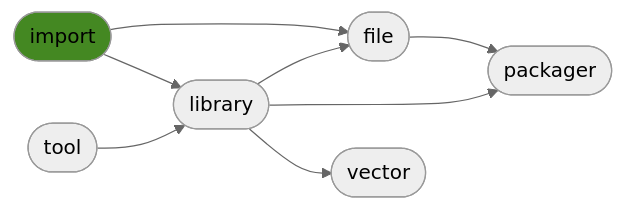
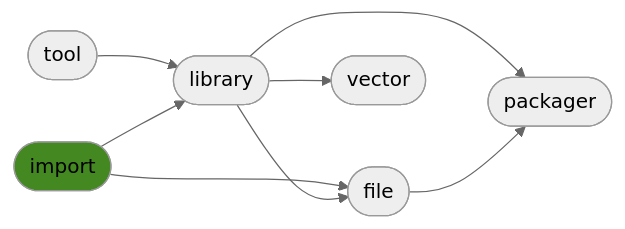
Before and after one commit to ManderaGeneral/generalimport: the diagram in README.md, drawn with Mermaid (neutral theme). The commit also changed other lines of this file and 1 other file, not shown here.

````diff
--- a/README.md
+++ b/README.md
@@ -28,17 +28,17 @@
 ```mermaid
 flowchart LR
+2([library]) --> 5([packager])
+1([tool]) --> 2([library])
+2([library]) --> 4([vector])
+0([import]) --> 3([file])
 2([library]) --> 3([file])
 3([file]) --> 5([packager])
-1([tool]) --> 2([library])
-2([library]) --> 5([packager])
-0([import]) --> 3([file])
-2([library]) --> 4([vector])
 0([import]) --> 2([library])
 click 0 "https://github.com/ManderaGeneral/generalimport"
 click 1 "https://github.com/ManderaGeneral/generaltool"
 click 2 "https://github.com/ManderaGeneral/generallibrary"
 click 3 "https://github.com/ManderaGeneral/generalfile"
 click 4 "https://github.com/ManderaGeneral/generalvector"
 click 5 "https://github.com/ManderaGeneral/generalpackager"
 style 0 fill:#482
 ```
````
